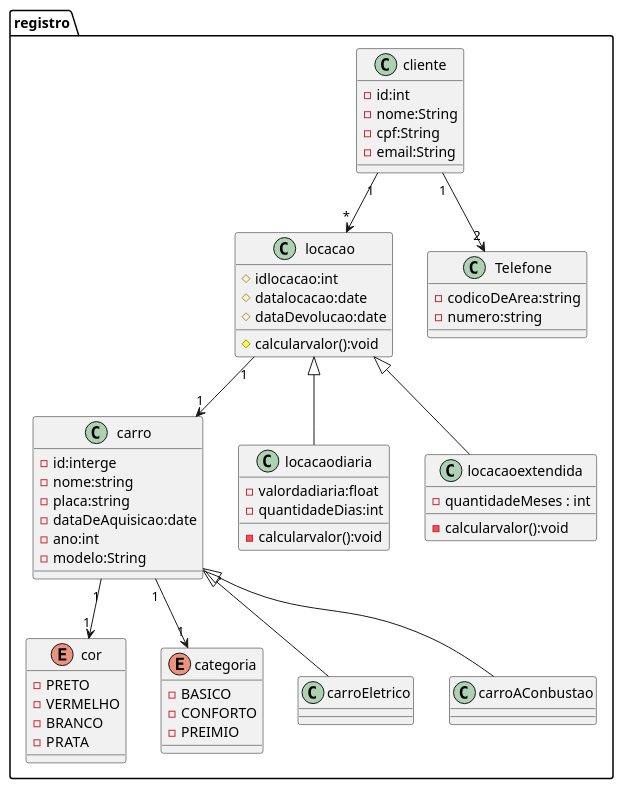
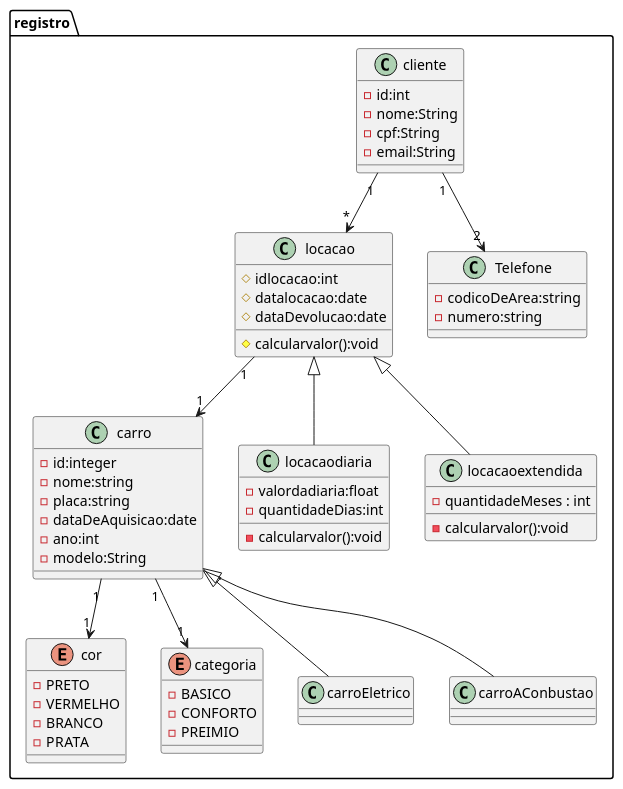
One commit to guisiq/sistema_locadora_de_carros changed the diagram in src/diagram.puml. Above: the diagram before and after it, drawn with PlantUML. The commit also changed 5 other files, not shown here.

```diff
--- a/src/diagram.puml
+++ b/src/diagram.puml
@@ -1,81 +1,81 @@
 @startuml cinema
 package "registro"{
-class carro{
-   - id:interge 
-   - nome:string
-   - placa:string
-   - dataDeAquisicao:date
-   - ano:int
-   - modelo:String
-}
-' ok 
-enum cor{
-    -PRETO 
-    -VERMELHO
-    -BRANCO
-    -PRATA
-}
-'ok
-/'
-class carroEletrico{
-    capacidadeBateria:float
-    eficiencia
-}
-class carroAConbustao {
-    
-}
+    class carro{
+    - id:integer 
+    - nome:string
+    - placa:string
+    - dataDeAquisicao:date
+    - ano:int
+    - modelo:String
+    }
+    ' ok 
+    enum cor{
+        -PRETO 
+        -VERMELHO
+        -BRANCO
+        -PRATA
+    }
+    'ok
+    /'
+    class carroEletrico{
+        capacidadeBateria:float
+        eficiencia
+    }
+    class carroAConbustao {
+        
+    }
 
-'/
-class locacao{
-    # idlocacao:int 
-    # datalocacao:date
-    # dataDevolucao:date
-    # calcularvalor():void
-}
-'ok
-class locacaodiaria{
-    - valordadiaria:float   
-    - quantidadeDias:int
-    - calcularvalor():void
-}
-'ok
-class locacaoextendida{
-    - quantidadeMeses : int
-    - calcularvalor():void
-}
-'ok
-class cliente {
-    - id:int
-    - nome:String
-    - cpf:String
-    - email:String
-}
-enum categoria {
-    - BASICO
-    - CONFORTO
-    - PREIMIO
-}
-'ok
-class Telefone{
-    -codicoDeArea:string
-    -numero:string
-}
+    '/
+    class locacao{
+        # idlocacao:int 
+        # datalocacao:date
+        # dataDevolucao:date
+        # calcularvalor():void
+    }
+    'ok
+    class locacaodiaria{
+        - valordadiaria:float   
+        - quantidadeDias:int
+        - calcularvalor():void
+    }
+    'ok
+    class locacaoextendida{
+        - quantidadeMeses : int
+        - calcularvalor():void
+    }
+    'ok
+    class cliente {
+        - id:int
+        - nome:String
+        - cpf:String
+        - email:String
+    }
+    enum categoria {
+        - BASICO
+        - CONFORTO
+        - PREIMIO
+    }
+    'ok
+    class Telefone{
+        -codicoDeArea:string
+        -numero:string
+    }
 
-locacao<|--  locacaodiaria 
-locacao<|--  locacaoextendida 
-carro<|--carroEletrico 
-carro<|--carroAConbustao 
+    locacao<|--  locacaodiaria 
+    locacao<|--  locacaoextendida 
+    carro<|--carroEletrico 
+    carro<|--carroAConbustao 
 
 
-carro "1" --> "1"categoria
-carro "1" --> "1"cor
+    carro "1" --> "1"categoria
+    carro "1" --> "1"cor
 
-locacao "1" --> "1"carro
+    locacao "1" --> "1"carro
 
 
-cliente "1" --> "2" Telefone
-cliente "1" --> "*" locacao
+    cliente "1" --> "2" Telefone
+    cliente "1" --> "*" locacao
 
 }
 
 @enduml
```
